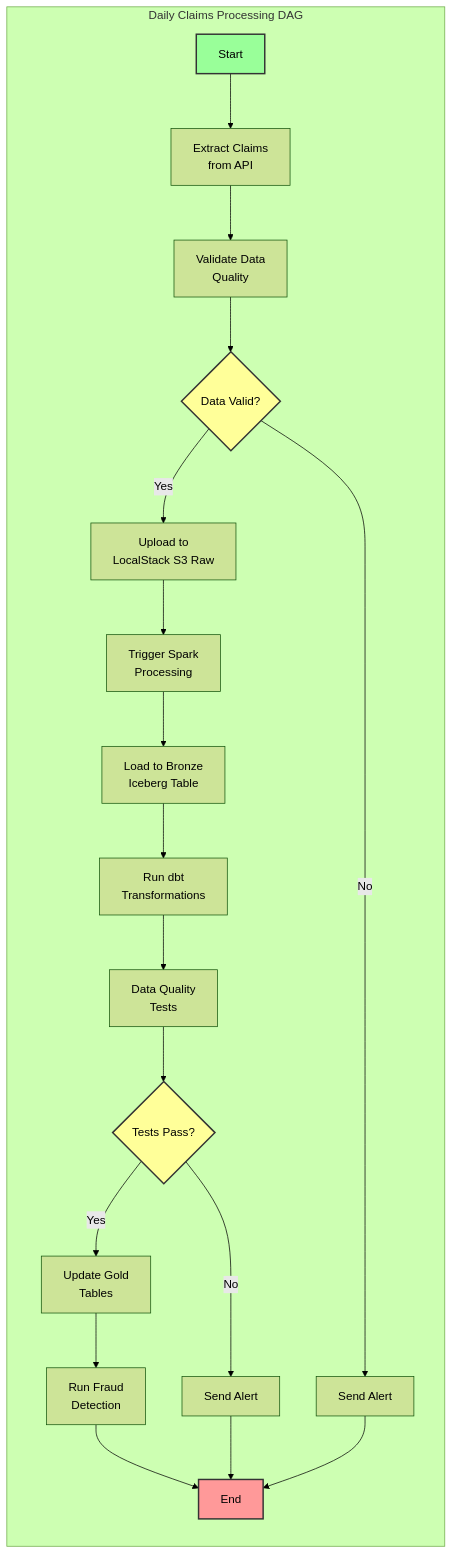
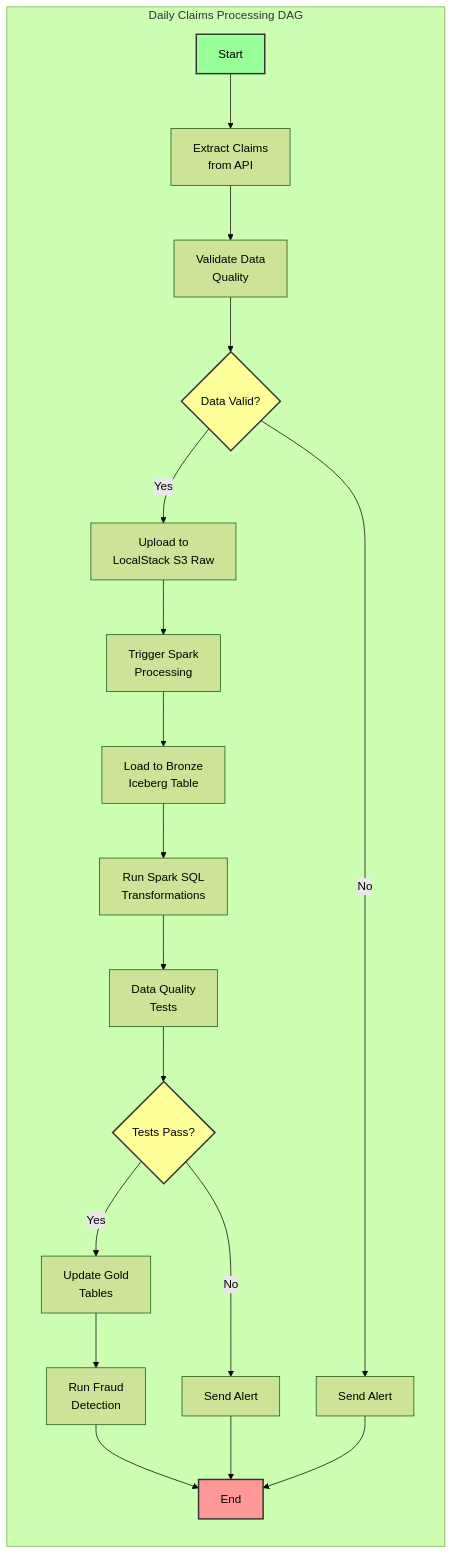
Before and after one commit to zmadni/medflow-analytics: the sixth of 12 diagrams in ARCHITECTURE.md, drawn with Mermaid (forest theme). The commit also changed other lines of this file, not shown here.

````diff
--- a/ARCHITECTURE.md
+++ b/ARCHITECTURE.md
@@ -341,26 +336,26 @@
 ```mermaid
 flowchart LR
     subgraph "Daily Claims Processing DAG"
         A[Start] --> B[Extract Claims<br/>from API]
         B --> C[Validate Data<br/>Quality]
         C --> D{Data Valid?}
         D -->|Yes| E[Upload to<br/>LocalStack S3 Raw]
         D -->|No| F[Send Alert]
         E --> G[Trigger Spark<br/>Processing]
         G --> H[Load to Bronze<br/>Iceberg Table]
-        H --> I[Run dbt<br/>Transformations]
+        H --> I[Run Spark SQL<br/>Transformations]
         I --> J[Data Quality<br/>Tests]
         J --> K{Tests Pass?}
         K -->|Yes| L[Update Gold<br/>Tables]
         K -->|No| M[Send Alert]
         L --> N[Run Fraud<br/>Detection]
         N --> O[End]
         F --> O
         M --> O
     end
 
     style A fill:#9f9,stroke:#333,stroke-width:2px
     style O fill:#f99,stroke:#333,stroke-width:2px
     style D fill:#ff9,stroke:#333,stroke-width:2px
     style K fill:#ff9,stroke:#333,stroke-width:2px
 ```
````
